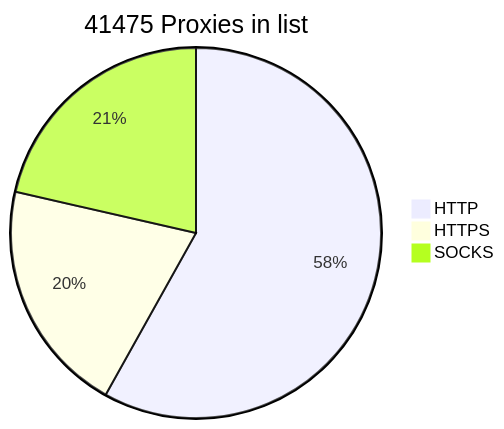
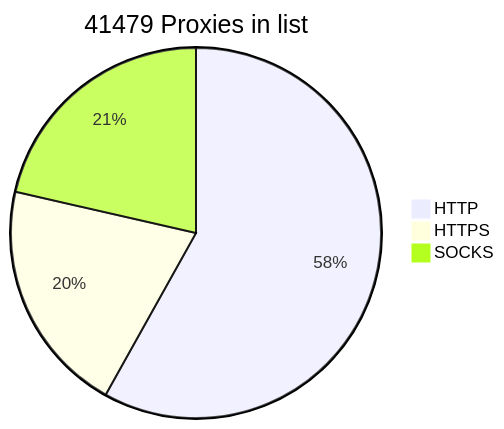
Before and after one commit to BlackSnowDot/proxylist-update-every-minute: the diagram in README.md, drawn with Mermaid.

````diff
--- a/README.md
+++ b/README.md
@@ -2,6 +2,6 @@
 ```mermaid
-pie title 41475 Proxies in list
-    "HTTP" : 27898
-    "HTTPS": 9831
-    "SOCKS" : 10284
+pie title 41479 Proxies in list
+    "HTTP" : 27900
+    "HTTPS": 9830
+    "SOCKS" : 10286
 ```
````
